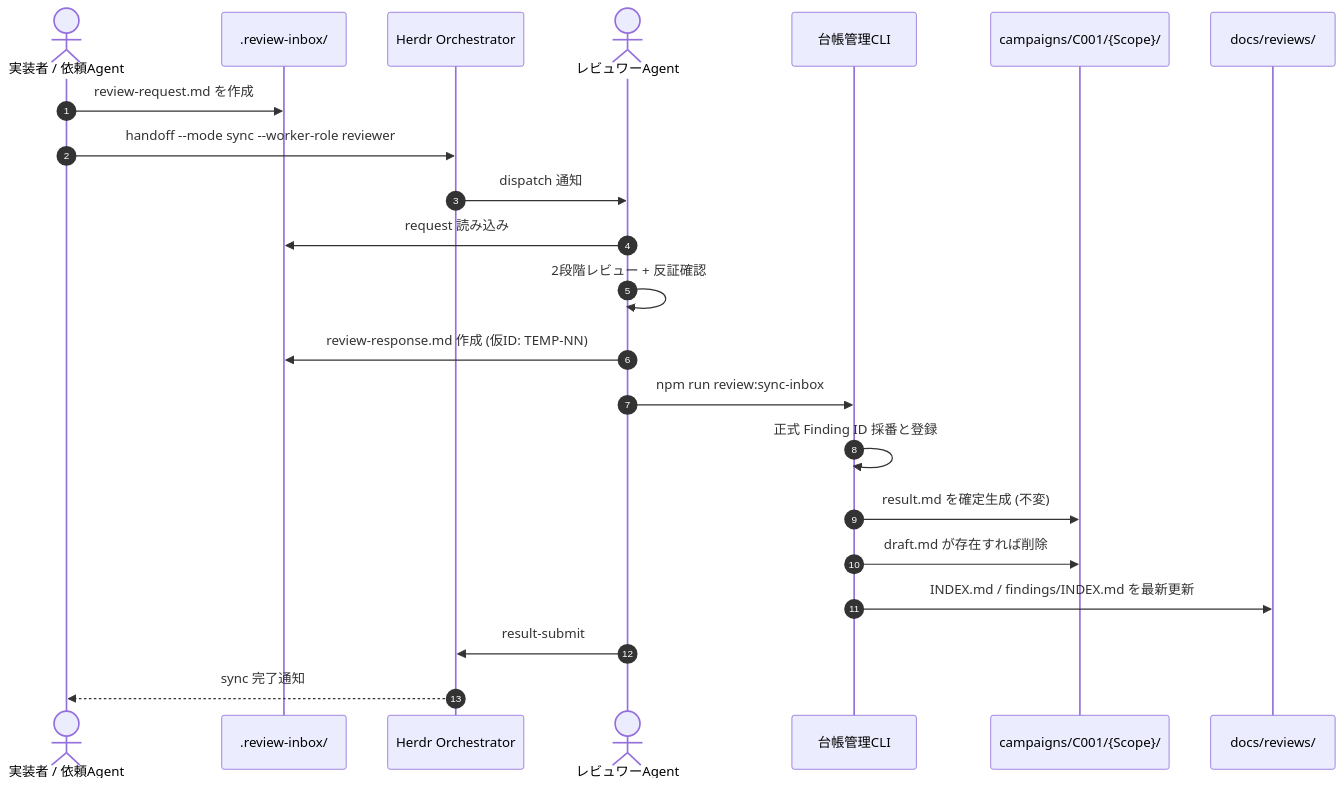
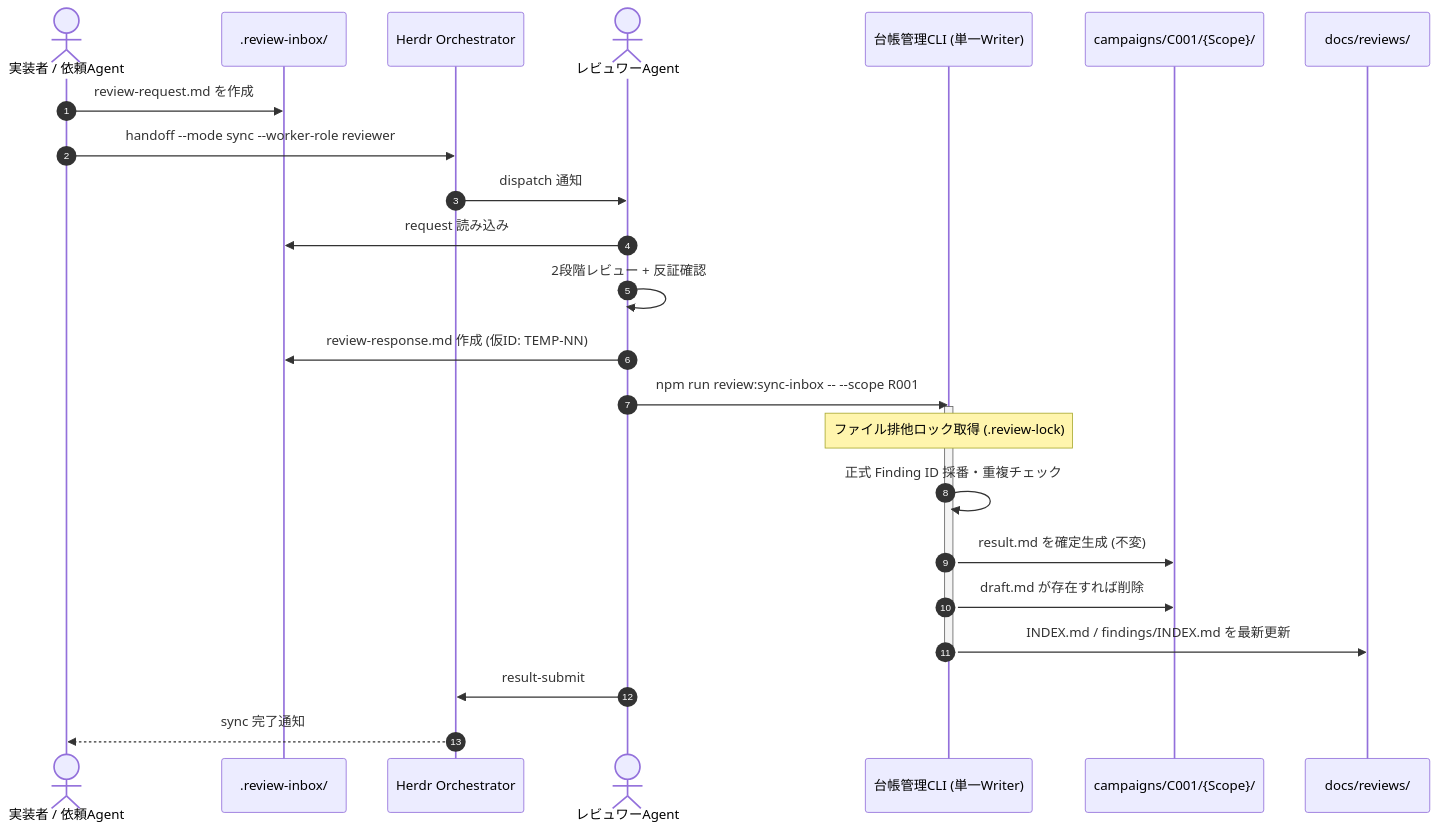
The third of 6 diagrams in docs/reviews/CONTINUOUS_REVIEW_DESIGN.md (okinawa-systembit/herdr-orchestration), drawn with Mermaid before and after one commit. The commit also changed other lines of this file, not shown here.

First line of the commit message:
docs(review): Phase 1 設計再レビュー指摘の反映 (REV-01〜REV-04)

````diff
--- a/docs/reviews/CONTINUOUS_REVIEW_DESIGN.md
+++ b/docs/reviews/CONTINUOUS_REVIEW_DESIGN.md
@@ -509,25 +500,28 @@
 ```mermaid
 sequenceDiagram
     autonumber
     actor Requester as 実装者 / 依頼Agent
     participant Inbox as .review-inbox/
     participant Orchestrator as Herdr Orchestrator
     actor Reviewer as レビュワーAgent
-    participant CLI as 台帳管理CLI
+    participant CLI as 台帳管理CLI (単一Writer)
     participant CampaignDir as campaigns/C001/{Scope}/
     participant Ledger as docs/reviews/
 
     Requester->>Inbox: review-request.md を作成
     Requester->>Orchestrator: handoff --mode sync --worker-role reviewer
     Orchestrator->>Reviewer: dispatch 通知
     Reviewer->>Inbox: request 読み込み
     Reviewer->>Reviewer: 2段階レビュー + 反証確認
     Reviewer->>Inbox: review-response.md 作成 (仮ID: TEMP-NN)
-    Reviewer->>CLI: npm run review:sync-inbox
-    CLI->>CLI: 正式 Finding ID 採番と登録
+    Reviewer->>CLI: npm run review:sync-inbox -- --scope R001
+    activate CLI
+    Note over CLI: ファイル排他ロック取得 (.review-lock)
+    CLI->>CLI: 正式 Finding ID 採番・重複チェック
     CLI->>CampaignDir: result.md を確定生成 (不変)
     CLI->>CampaignDir: draft.md が存在すれば削除
     CLI->>Ledger: INDEX.md / findings/INDEX.md を最新更新
+    deactivate CLI
     Reviewer->>Orchestrator: result-submit
     Orchestrator-->>Requester: sync 完了通知
 ```
````
